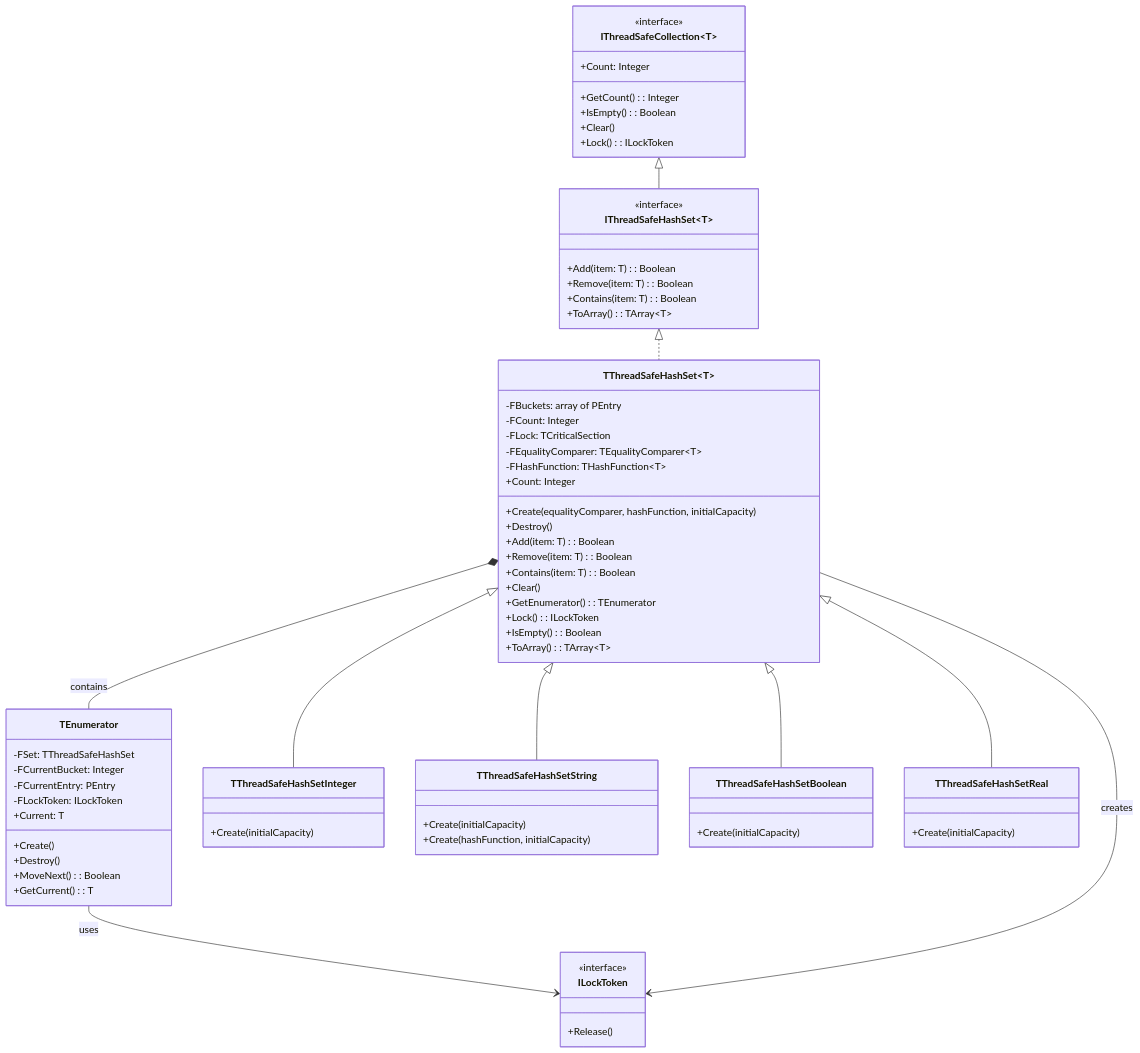
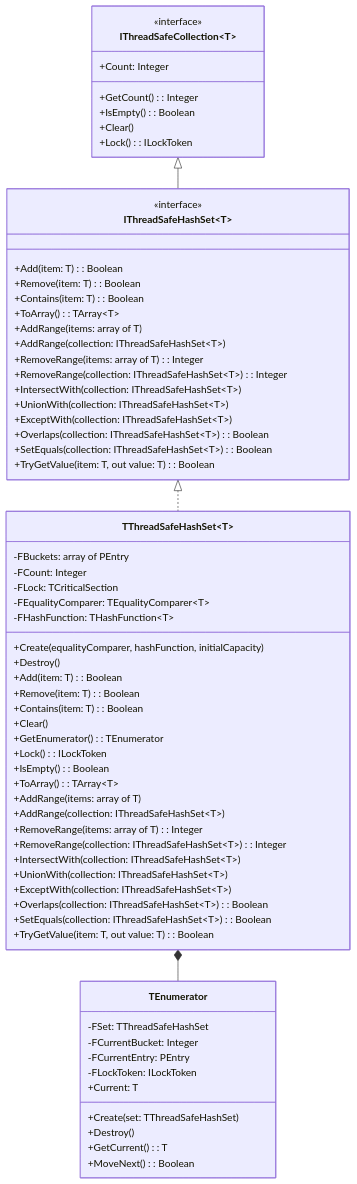
Before and after one commit to ikelaiah/threadsafecollections-fp: the diagram in docs/ThreadSafeCollections.HashSet.md, drawn with Mermaid. The commit also changed other lines of this file and 3 other files, not shown here.

````diff
--- a/docs/ThreadSafeCollections.HashSet.md
+++ b/docs/ThreadSafeCollections.HashSet.md
@@ -127,74 +120,70 @@
 ```mermaid
 classDiagram
     class IThreadSafeCollection~T~ {
         <<interface>>
         +GetCount(): Integer
         +IsEmpty(): Boolean
         +Clear()
         +Lock(): ILockToken
         +Count: Integer
     }
     class IThreadSafeHashSet~T~ {
         <<interface>>
         +Add(item: T): Boolean
         +Remove(item: T): Boolean
         +Contains(item: T): Boolean
         +ToArray(): TArray~T~
+        +AddRange(items: array of T)
+        +AddRange(collection: IThreadSafeHashSet~T~)
+        +RemoveRange(items: array of T): Integer
+        +RemoveRange(collection: IThreadSafeHashSet~T~): Integer
+        +IntersectWith(collection: IThreadSafeHashSet~T~)
+        +UnionWith(collection: IThreadSafeHashSet~T~)
+        +ExceptWith(collection: IThreadSafeHashSet~T~)
+        +Overlaps(collection: IThreadSafeHashSet~T~): Boolean
+        +SetEquals(collection: IThreadSafeHashSet~T~): Boolean
+        +TryGetValue(item: T, out value: T): Boolean
     }
     class TThreadSafeHashSet~T~ {
         -FBuckets: array of PEntry
         -FCount: Integer
         -FLock: TCriticalSection
         -FEqualityComparer: TEqualityComparer~T~
         -FHashFunction: THashFunction~T~
         +Create(equalityComparer, hashFunction, initialCapacity)
         +Destroy()
         +Add(item: T): Boolean
         +Remove(item: T): Boolean
         +Contains(item: T): Boolean
         +Clear()
-        +Count: Integer
         +GetEnumerator(): TEnumerator
         +Lock(): ILockToken
         +IsEmpty(): Boolean
         +ToArray(): TArray~T~
+        +AddRange(items: array of T)
+        +AddRange(collection: IThreadSafeHashSet~T~)
+        +RemoveRange(items: array of T): Integer
+        +RemoveRange(collection: IThreadSafeHashSet~T~): Integer
+        +IntersectWith(collection: IThreadSafeHashSet~T~)
+        +UnionWith(collection: IThreadSafeHashSet~T~)
+        +ExceptWith(collection: IThreadSafeHashSet~T~)
+        +Overlaps(collection: IThreadSafeHashSet~T~): Boolean
+        +SetEquals(collection: IThreadSafeHashSet~T~): Boolean
+        +TryGetValue(item: T, out value: T): Boolean
     }
     class TEnumerator {
         -FSet: TThreadSafeHashSet
         -FCurrentBucket: Integer
         -FCurrentEntry: PEntry
         -FLockToken: ILockToken
-        +Create()
+        +Create(set: TThreadSafeHashSet)
         +Destroy()
+        +GetCurrent(): T
         +MoveNext(): Boolean
-        +GetCurrent(): T
         +Current: T
     }
-    class ILockToken {
-        <<interface>>
-        +Release()
-    }
-    class TThreadSafeHashSetInteger {
-        +Create(initialCapacity)
-    }
-    class TThreadSafeHashSetString {
-        +Create(initialCapacity)
-        +Create(hashFunction, initialCapacity)
-    }
-    class TThreadSafeHashSetBoolean {
-        +Create(initialCapacity)
-    }
-    class TThreadSafeHashSetReal {
-        +Create(initialCapacity)
-    }
-
+    
     IThreadSafeCollection~T~ <|-- IThreadSafeHashSet~T~
     IThreadSafeHashSet~T~ <|.. TThreadSafeHashSet~T~
-    TThreadSafeHashSet~T~ <|-- TThreadSafeHashSetInteger
-    TThreadSafeHashSet~T~ <|-- TThreadSafeHashSetString
-    TThreadSafeHashSet~T~ <|-- TThreadSafeHashSetBoolean
-    TThreadSafeHashSet~T~ <|-- TThreadSafeHashSetReal
-    TThreadSafeHashSet~T~ *-- TEnumerator : contains
-    TEnumerator --> ILockToken : uses
-    TThreadSafeHashSet~T~ --> ILockToken : creates
+    TThreadSafeHashSet~T~ *-- TEnumerator
 ```
````
